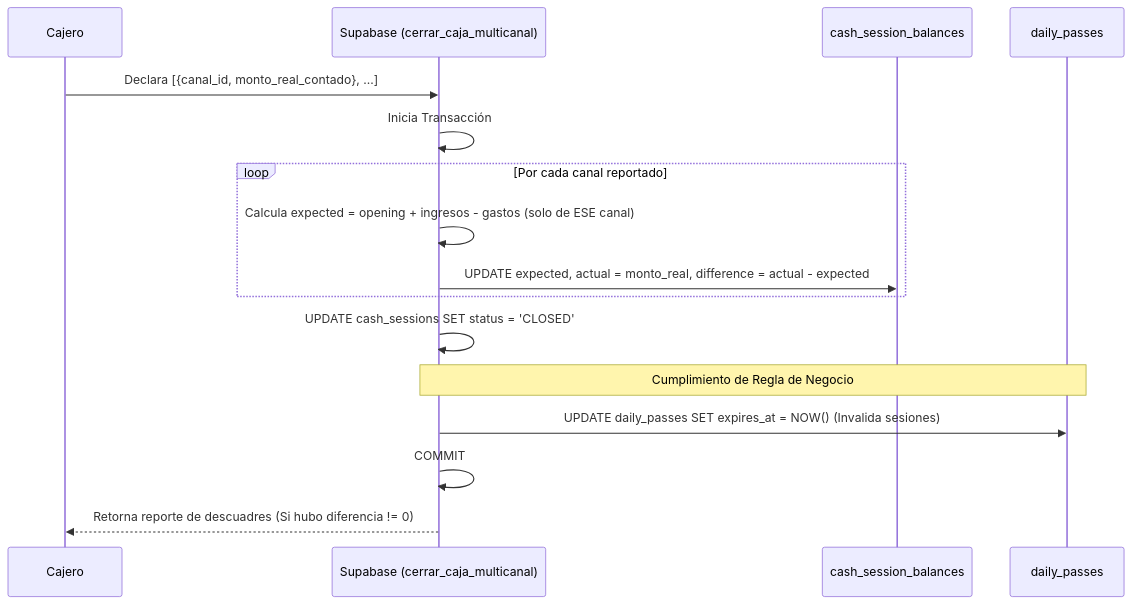
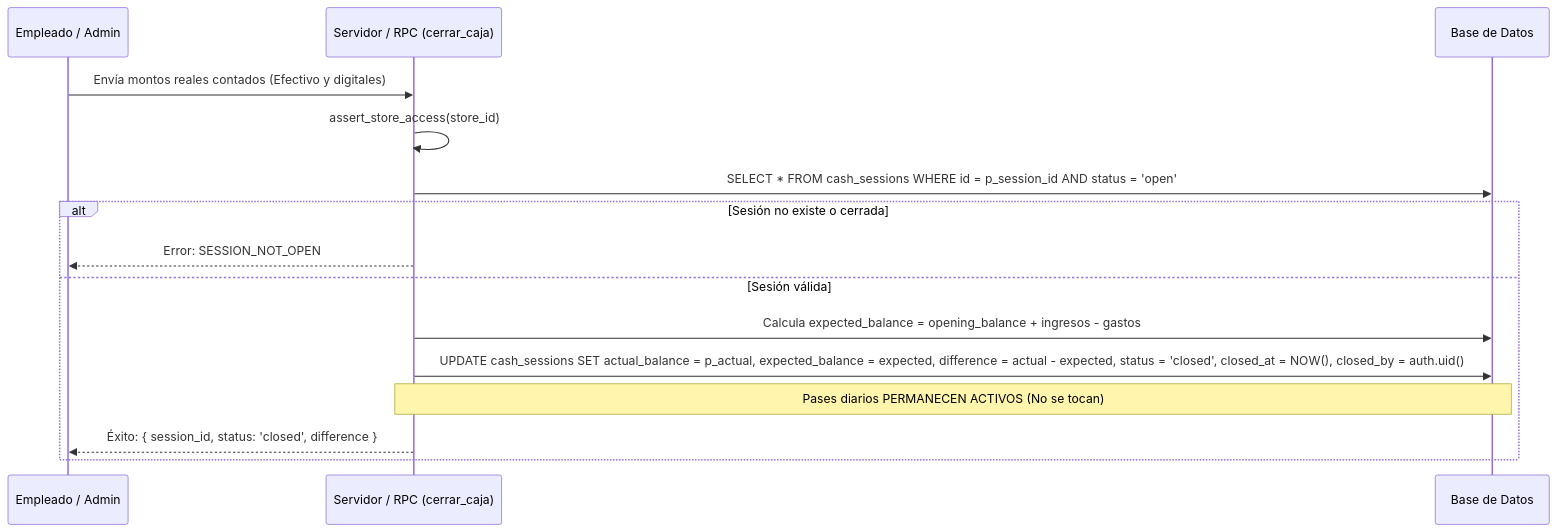
Before and after one commit to YamirJCF/tienda-barrio-pro: the second of 4 diagrams in documentation/01_requirements/SDD/SDD_004_CONTROL_DE_CAJA.md, drawn with Mermaid. The commit also changed other lines of this file and 3 other files, not shown here.

Commit message:
docs(sdd): alinear ola 1 (caja y gastos: SDD-004, SDD-020, SDD-022, SDD-026)

````diff
--- a/documentation/01_requirements/SDD/SDD_004_CONTROL_DE_CAJA.md
+++ b/documentation/01_requirements/SDD/SDD_004_CONTROL_DE_CAJA.md
@@ -73,23 +85,18 @@
 ```mermaid
 sequenceDiagram
-    participant UI as Cajero
-    participant API as Supabase (cerrar_caja_multicanal)
-    participant B as cash_session_balances
-    participant P as daily_passes
+    participant U as Empleado / Admin
+    participant S as Servidor / RPC (cerrar_caja)
+    participant DB as Base de Datos
 
-    UI->>API: Declara [{canal_id, monto_real_contado}, ...]
-    API->>API: Inicia Transacción
-    
-    loop Por cada canal reportado
-        API->>API: Calcula expected = opening + ingresos - gastos (solo de ESE canal)
-        API->>B: UPDATE expected, actual = monto_real, difference = actual - expected
+    U->>S: Envía montos reales contados (Efectivo y digitales)
+    S->>S: assert_store_access(store_id)
+    S->>DB: SELECT * FROM cash_sessions WHERE id = p_session_id AND status = 'open'
+    alt Sesión no existe o cerrada
+        S-->>U: Error: SESSION_NOT_OPEN
+    else Sesión válida
+        S->>DB: Calcula expected_balance = opening_balance + ingresos - gastos
+        S->>DB: UPDATE cash_sessions SET actual_balance = p_actual, expected_balance = expected, difference = actual - expected, status = 'closed', closed_at = NOW(), closed_by = auth.uid()
+        Note over S,DB: Pases diarios PERMANECEN ACTIVOS (No se tocan)
+        S-->>U: Éxito: { session_id, status: 'closed', difference }
     end
-    
-    API->>API: UPDATE cash_sessions SET status = 'CLOSED'
-    
-    Note over API,P: Cumplimiento de Regla de Negocio
-    API->>P: UPDATE daily_passes SET expires_at = NOW() (Invalida sesiones)
-    
-    API->>API: COMMIT
-    API-->>UI: Retorna reporte de descuadres (Si hubo diferencia != 0)
 ```
````
